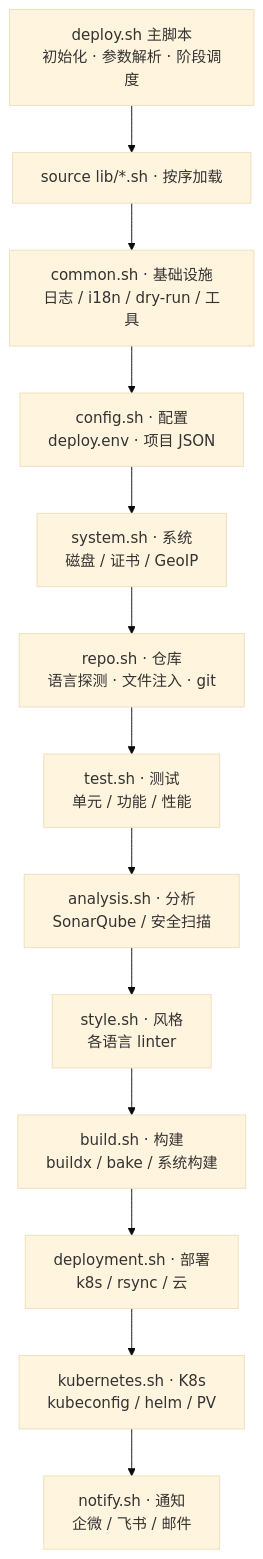
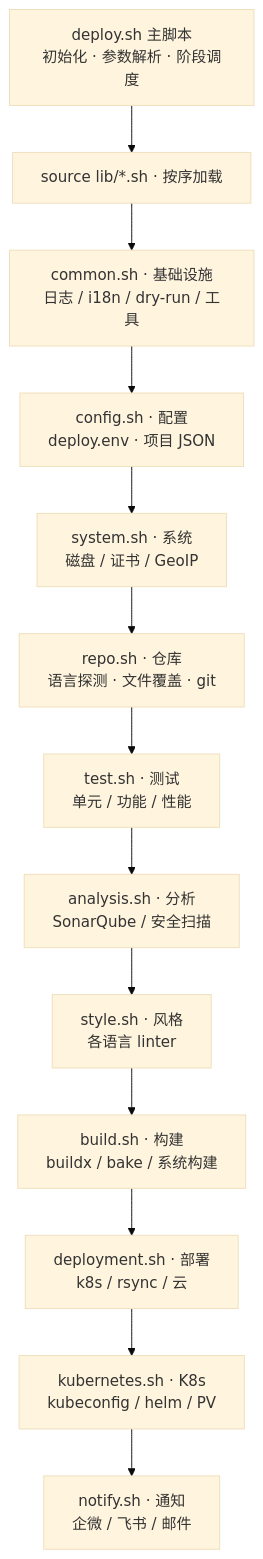
One commit to xiagw/deploy.sh changed the diagram in docs/architecture.md. Above: the diagram before and after it, drawn with Mermaid (base theme). The commit also changed other lines of this file and 7 other files, not shown here.

````diff
--- a/docs/architecture.md
+++ b/docs/architecture.md
@@ -62,15 +62,15 @@
 ```mermaid
 flowchart TD
   MAIN["deploy.sh 主脚本<br/>初始化 · 参数解析 · 阶段调度"] --> LOAD["source lib/*.sh · 按序加载"]
   LOAD --> c1["common.sh · 基础设施<br/>日志 / i18n / dry-run / 工具"]
   c1 --> c2["config.sh · 配置<br/>deploy.env · 项目 JSON"]
   c2 --> c3["system.sh · 系统<br/>磁盘 / 证书 / GeoIP"]
-  c3 --> c4["repo.sh · 仓库<br/>语言探测 · 文件注入 · git"]
+  c3 --> c4["repo.sh · 仓库<br/>语言探测 · 文件覆盖 · git"]
   c4 --> c5["test.sh · 测试<br/>单元 / 功能 / 性能"]
   c5 --> c6["analysis.sh · 分析<br/>SonarQube / 安全扫描"]
   c6 --> c7["style.sh · 风格<br/>各语言 linter"]
   c7 --> c8["build.sh · 构建<br/>buildx / bake / 系统构建"]
   c8 --> c9["deployment.sh · 部署<br/>k8s / rsync / 云"]
   c9 --> c10["kubernetes.sh · K8s<br/>kubeconfig / helm / PV"]
   c10 --> c11["notify.sh · 通知<br/>企微 / 飞书 / 邮件"]
 ```
````
